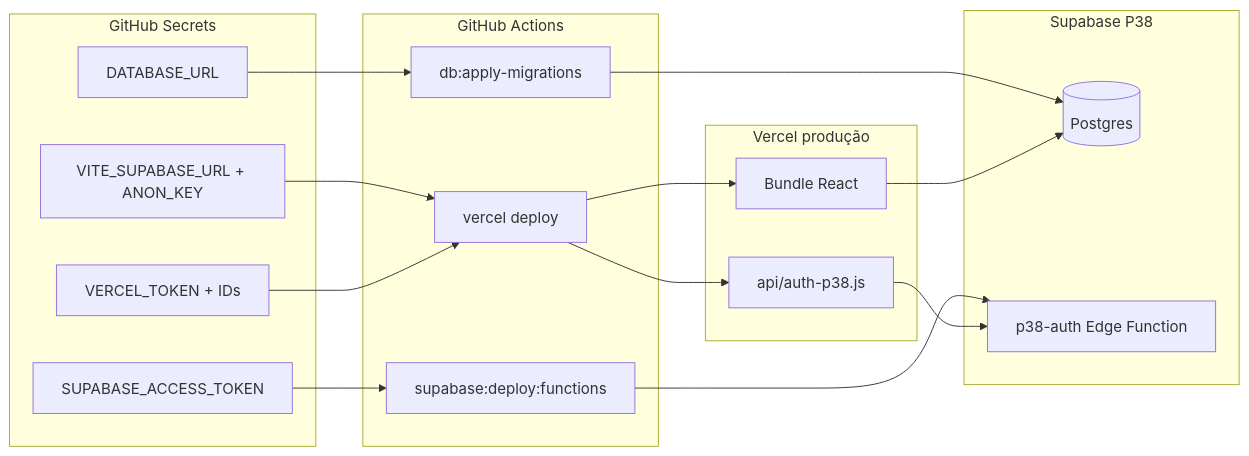
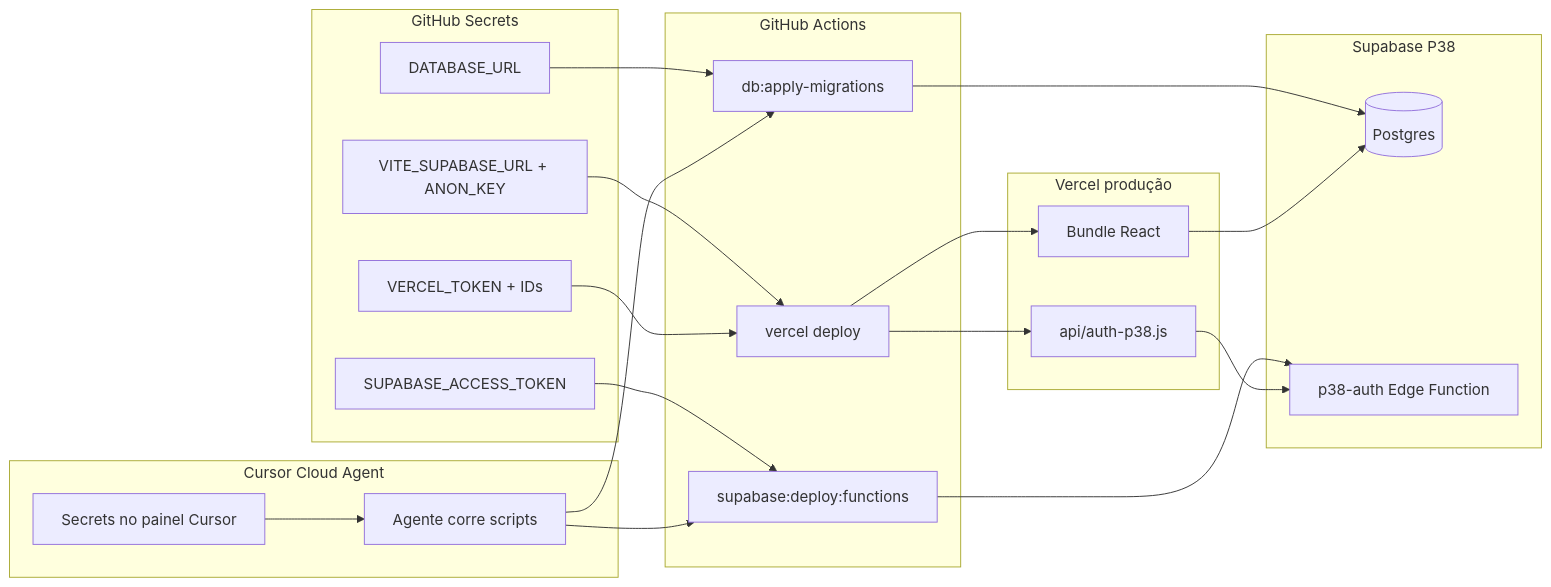
The diagram in docs/migration/P38_SECRETS_CANONICOS.md (joaoandreriberopacheco-netizen/P38-ERP), drawn with Mermaid before and after one commit. The commit also changed other lines of this file and 3 other files, not shown here.

First line of the commit message:
docs(secrets): priorizar Cursor Cloud em vez de ambiente local

````diff
--- a/docs/migration/P38_SECRETS_CANONICOS.md
+++ b/docs/migration/P38_SECRETS_CANONICOS.md
@@ -99,33 +151,41 @@
 ```mermaid
 flowchart LR
+  subgraph cloud [Cursor Cloud Agent]
+    CS[Secrets no painel Cursor]
+    AG[Agente corre scripts]
+  end
+
   subgraph github [GitHub Secrets]
     DB[DATABASE_URL]
     PAT[SUPABASE_ACCESS_TOKEN]
     VITE[VITE_SUPABASE_URL + ANON_KEY]
     VERCEL[VERCEL_TOKEN + IDs]
   end
 
   subgraph ci [GitHub Actions]
     MIG[db:apply-migrations]
     FUN[supabase:deploy:functions]
     VDEP[vercel deploy]
   end
 
   subgraph vercel [Vercel produção]
     APP[Bundle React]
     PROXY[api/auth-p38.js]
   end
 
   subgraph supa [Supabase P38]
     PG[(Postgres)]
     EF[p38-auth Edge Function]
   end
 
   DB --> MIG --> PG
   PAT --> FUN --> EF
   VITE --> VDEP --> APP
   VERCEL --> VDEP
   VDEP --> PROXY
   PROXY --> EF
   APP --> PG
+  CS --> AG
+  AG --> MIG
+  AG --> FUN
 ```
````
